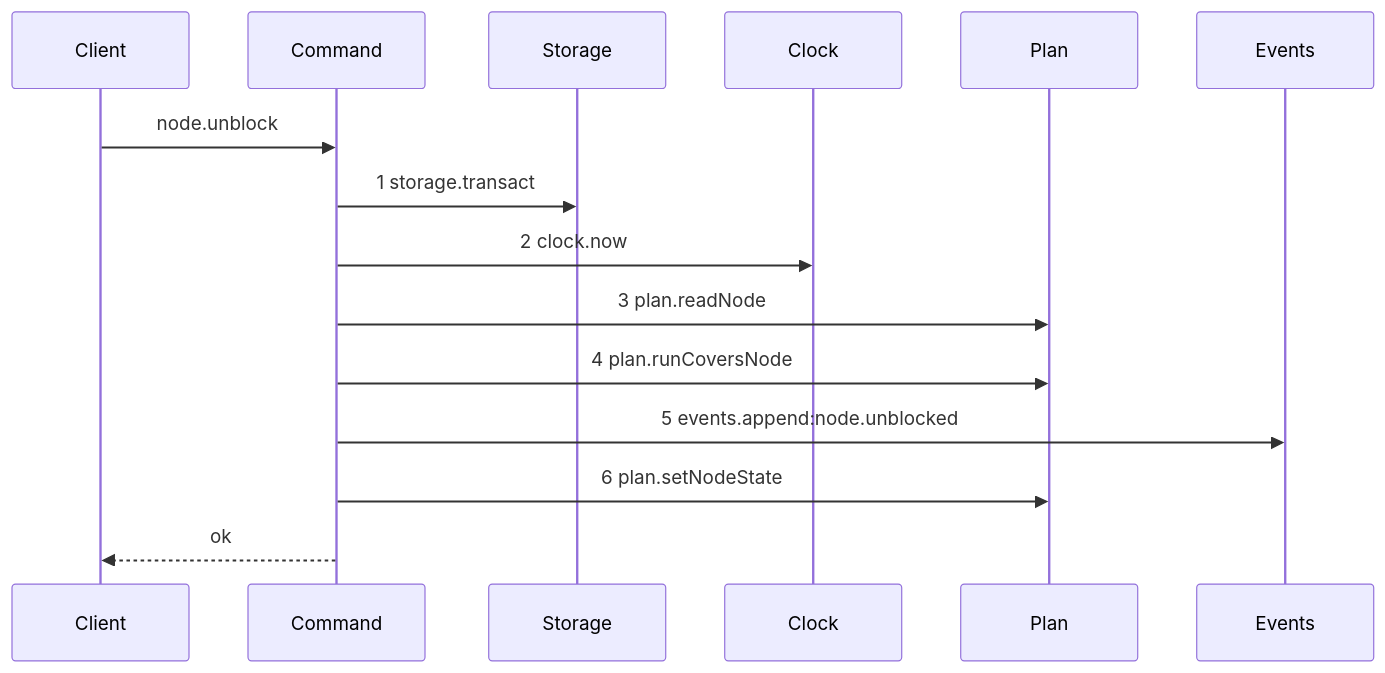
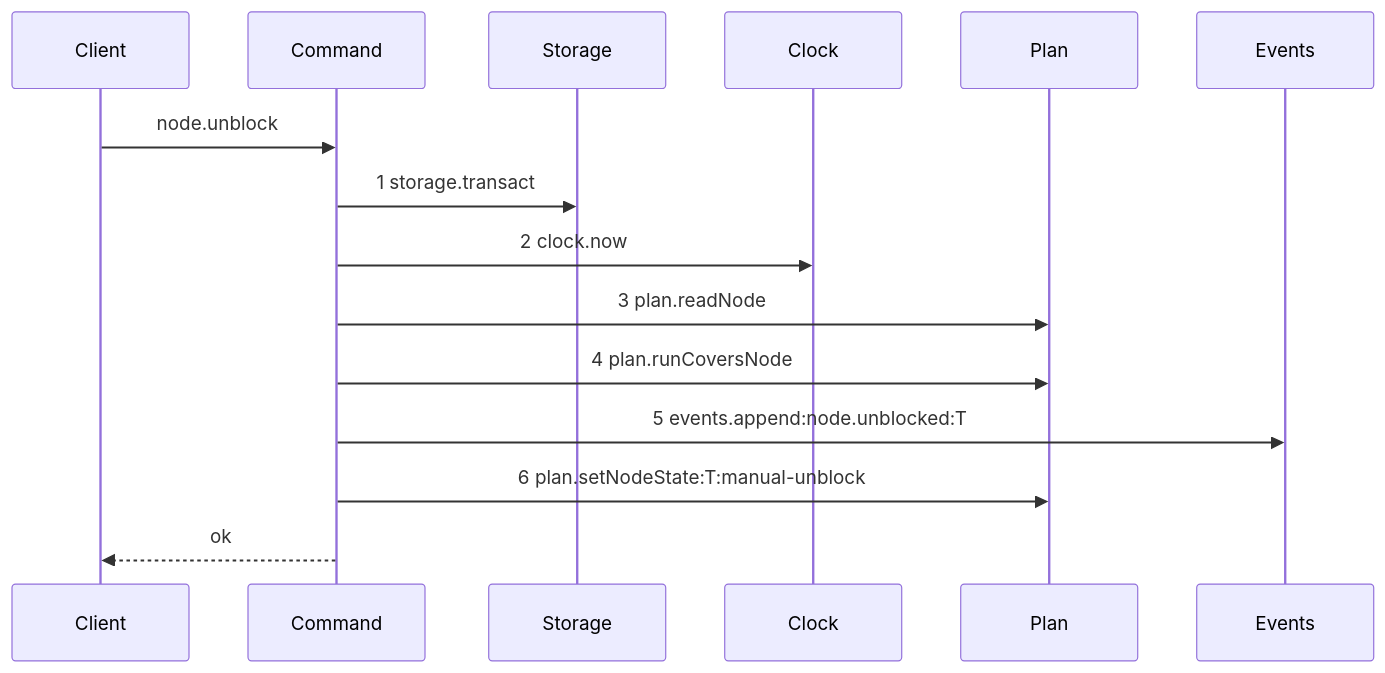
The second of 2 diagrams in .agents/plan/stories/050.3-the-plan-write-guard/05-the-unblock-node-guard.md (kanthorlabs/kanthord-engine), drawn with Mermaid before and after one commit. The commit also changed other lines of this file and 38 other files, not shown here.

````diff
--- a/.agents/plan/stories/050.3-the-plan-write-guard/05-the-unblock-node-guard.md
+++ b/.agents/plan/stories/050.3-the-plan-write-guard/05-the-unblock-node-guard.md
@@ -52,17 +69,17 @@
 ```mermaid
 sequenceDiagram
     participant Client
     participant Command
     participant Storage
     participant Clock
     participant Plan
     participant Events
     Client->>Command: node.unblock
     Command->>Storage: 1 storage.transact
     Command->>Clock: 2 clock.now
     Command->>Plan: 3 plan.readNode
     Command->>Plan: 4 plan.runCoversNode
-    Command->>Events: 5 events.append:node.unblocked
-    Command->>Plan: 6 plan.setNodeState
+    Command->>Events: 5 events.append:node.unblocked:T
+    Command->>Plan: 6 plan.setNodeState:T:manual-unblock
     Command-->>Client: ok
 ```
````
